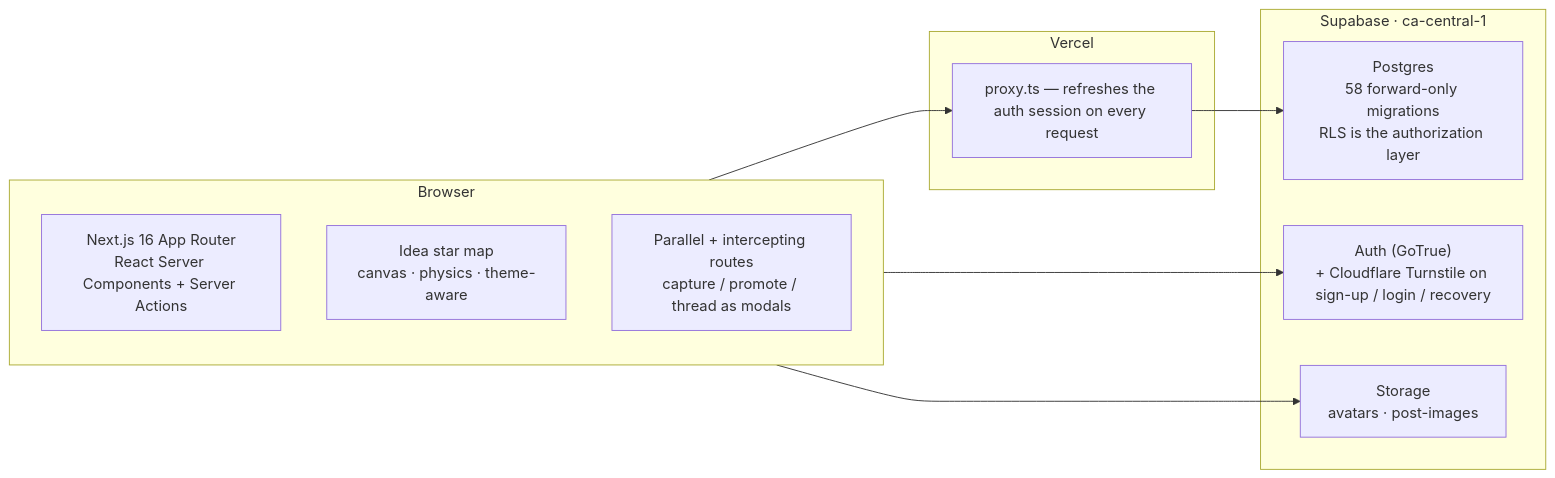
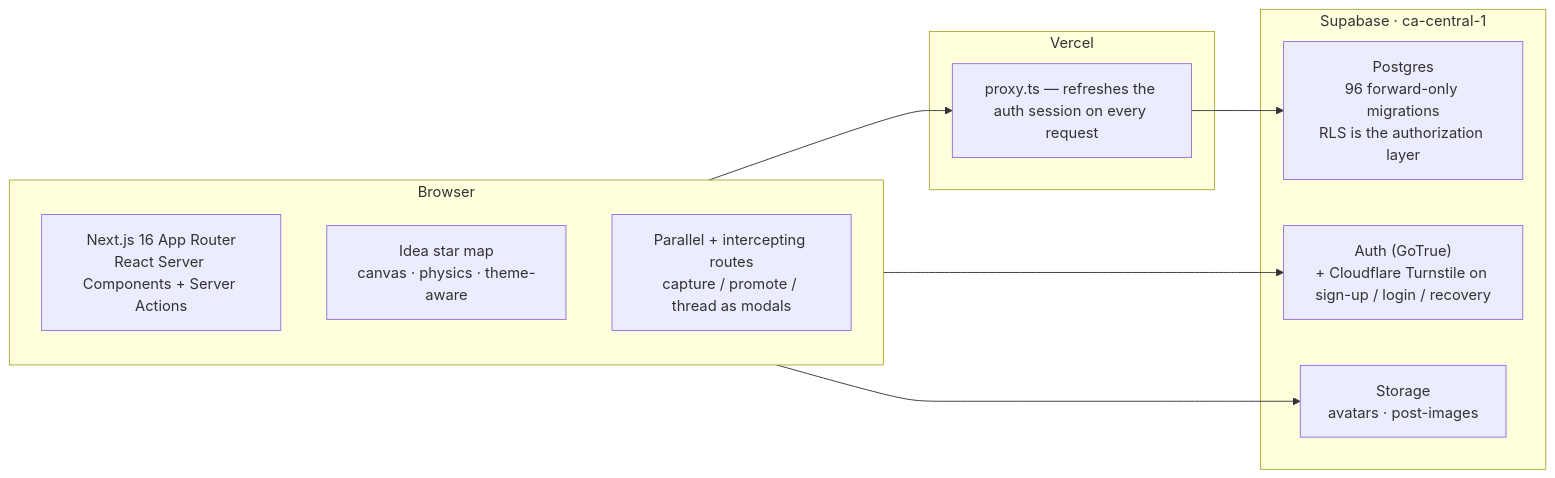
One commit to PriceZZY/chensi-slices changed the diagram in README.md. Above: the diagram before and after it, drawn with Mermaid. The commit also changed other lines of this file, not shown here.

````diff
--- a/README.md
+++ b/README.md
@@ -124,19 +124,19 @@
 ```mermaid
 flowchart LR
   subgraph Browser
     RSC["Next.js 16 App Router<br/>React Server Components + Server Actions"]
     Map["Idea star map<br/>canvas · physics · theme-aware"]
     Modal["Parallel + intercepting routes<br/>capture / promote / thread as modals"]
   end
   subgraph Vercel
     Proxy["proxy.ts — refreshes the auth session on every request"]
   end
   subgraph Supabase["Supabase · ca-central-1"]
-    PG["Postgres<br/>58 forward-only migrations<br/>RLS is the authorization layer"]
+    PG["Postgres<br/>96 forward-only migrations<br/>RLS is the authorization layer"]
     Auth["Auth (GoTrue)<br/>+ Cloudflare Turnstile on sign-up / login / recovery"]
     Store["Storage<br/>avatars · post-images"]
   end
   Browser --> Proxy --> PG
   Browser --> Auth
   Browser --> Store
 ```
````
